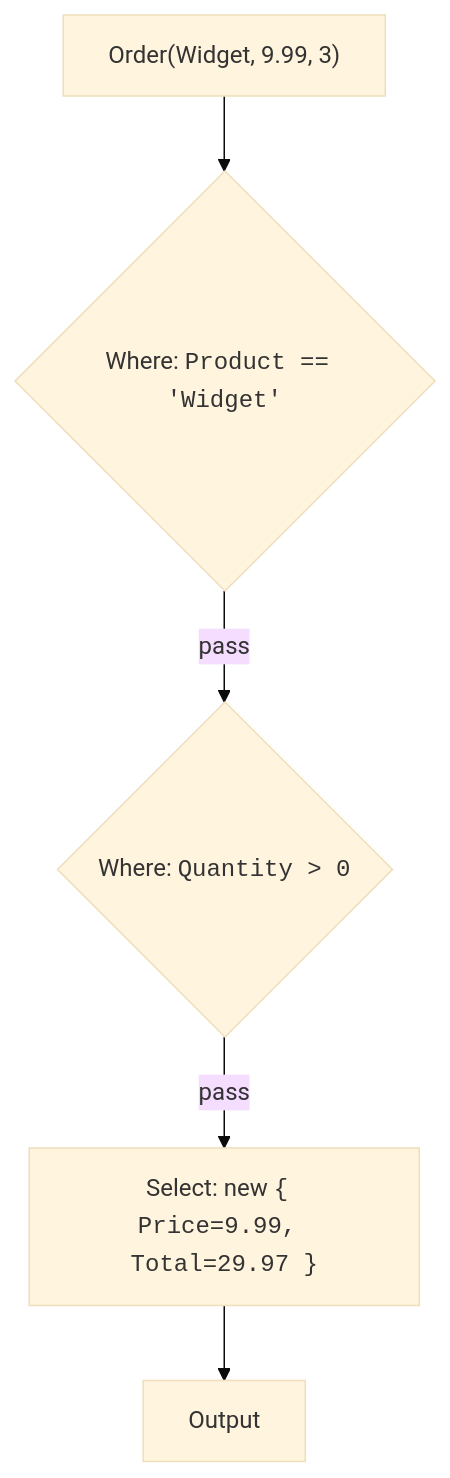
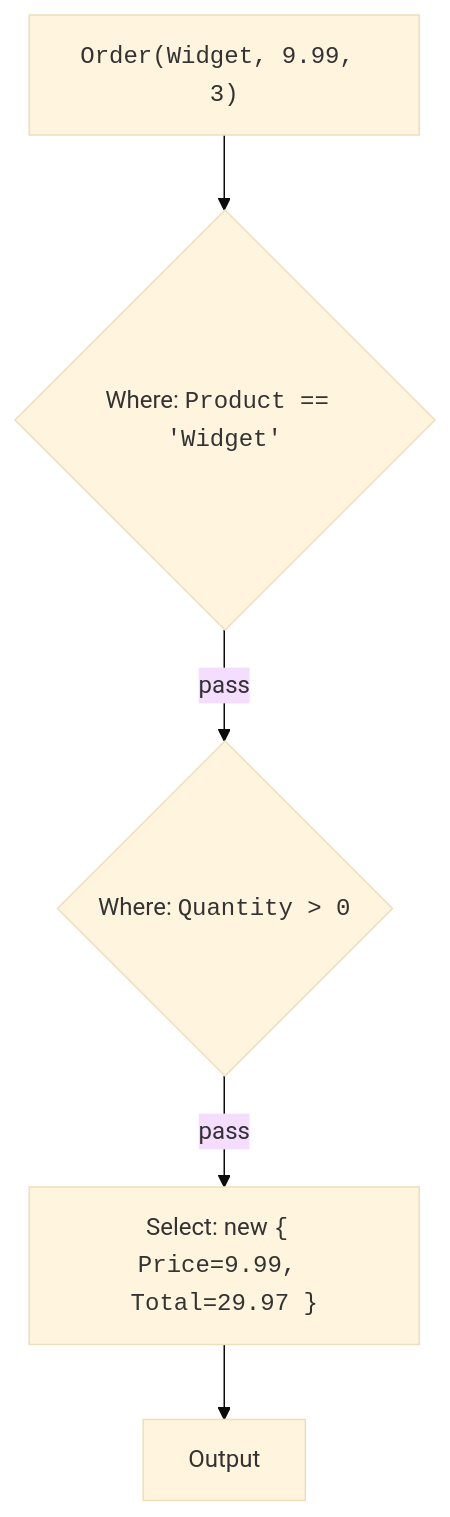
Before and after one commit to dataslope/dataslope: the second of 2 diagrams in content/courses/csharp-linq-functional/filtering-and-projection.mdx, drawn with Mermaid (base theme). The commit also changed 65 other files, not shown here.

First line of the commit message:
Set code in every mermaid label in the mono face

````diff
--- a/content/courses/csharp-linq-functional/filtering-and-projection.mdx
+++ b/content/courses/csharp-linq-functional/filtering-and-projection.mdx
@@ -230,7 +230,7 @@
 ```mermaid
 flowchart TD
-    O1["Order(Widget, 9.99, 3)"] --> W1{"Where: <code>Product == 'Widget'</code>"}
+    O1["<code>Order(Widget, 9.99, 3)</code>"] --> W1{"Where: <code>Product == 'Widget'</code>"}
     W1 -->|"pass"| W2{"Where: <code>Quantity &gt; 0</code>"}
     W2 -->|"pass"| S["Select: new <code>{ Price=9.99, Total=29.97 }</code>"]
     S --> R[Output]
 ```
````
